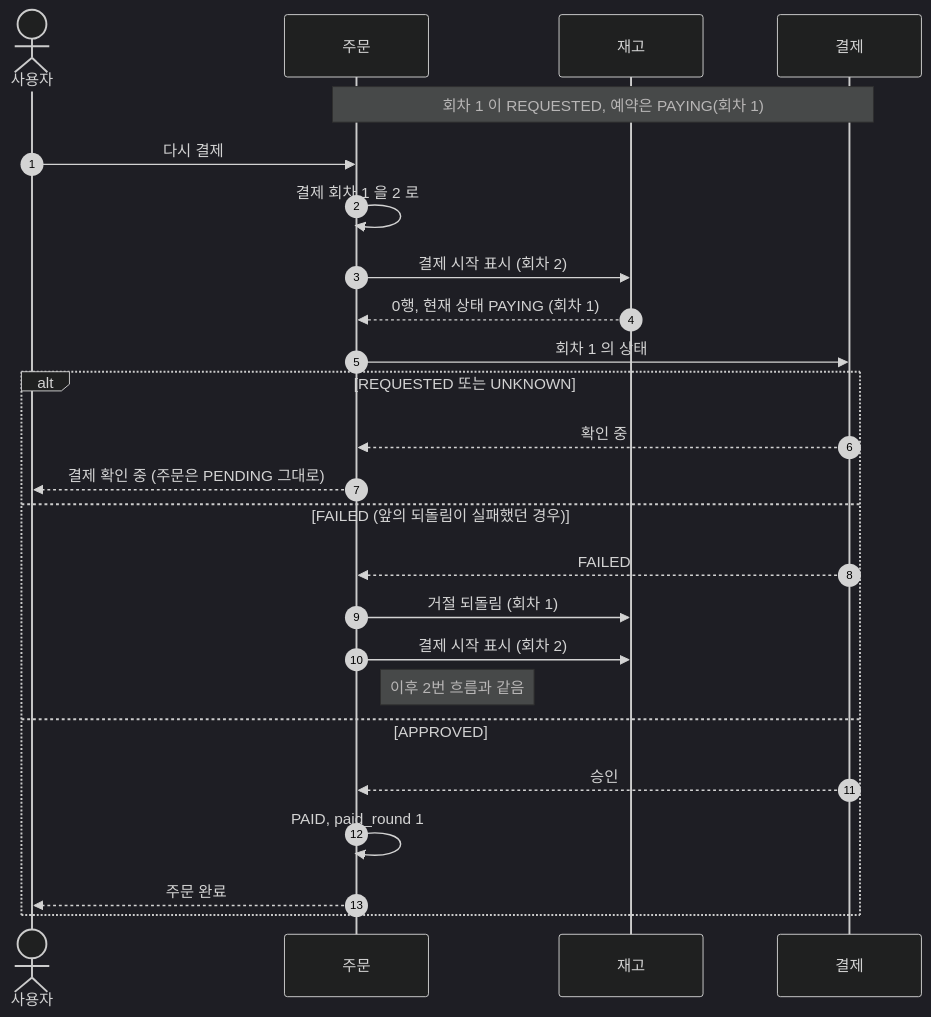
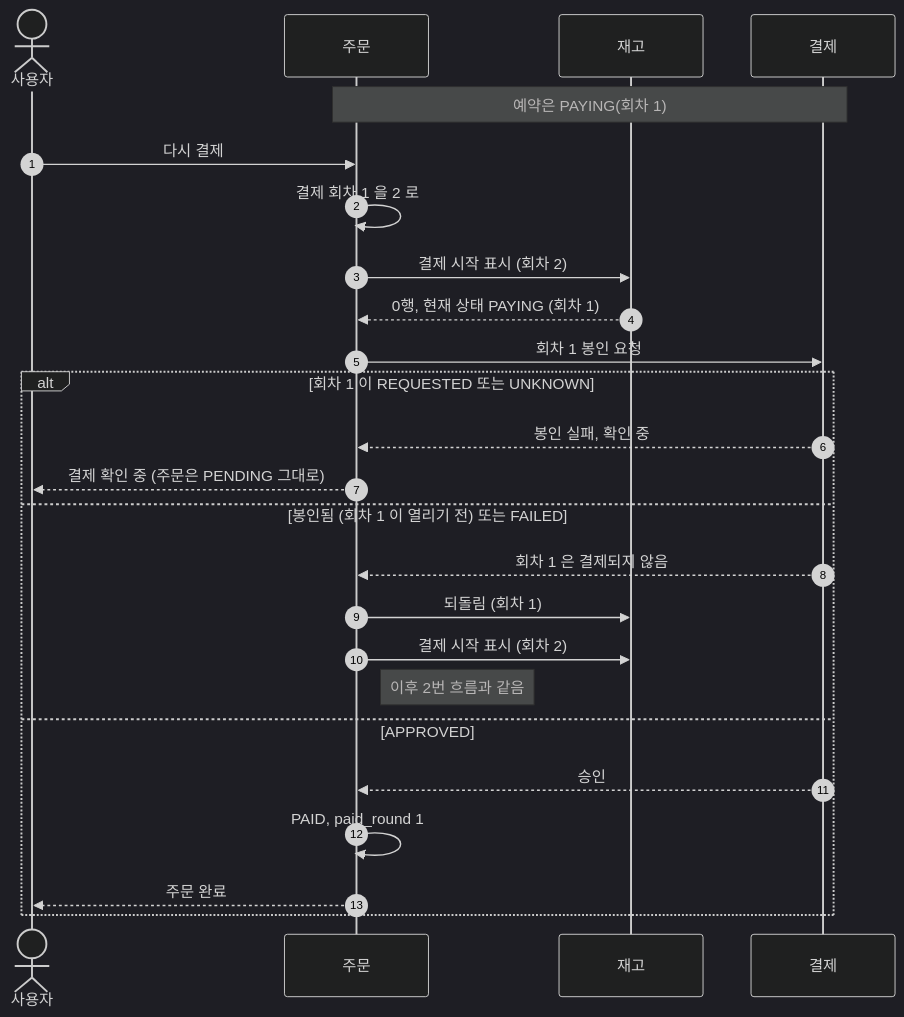
The fourth of 6 diagrams in docs/sequence/01-주문과-결제.md (Bamdule/dawn-delivery-commerce), drawn with Mermaid (dark theme) before and after one commit. The commit also changed other lines of this file and 16 other files, not shown here.

````diff
--- a/docs/sequence/01-주문과-결제.md
+++ b/docs/sequence/01-주문과-결제.md
@@ -148,28 +148,28 @@
 ```mermaid
 sequenceDiagram
     autonumber
     actor 사용자
     participant 주문
     participant 재고
     participant 결제
 
-    Note over 주문,결제: 회차 1 이 REQUESTED, 예약은 PAYING(회차 1)
+    Note over 주문,결제: 예약은 PAYING(회차 1)
     사용자->>주문: 다시 결제
     주문->>주문: 결제 회차 1 을 2 로
     주문->>재고: 결제 시작 표시 (회차 2)
     재고-->>주문: 0행, 현재 상태 PAYING (회차 1)
-    주문->>결제: 회차 1 의 상태
-    alt REQUESTED 또는 UNKNOWN
-        결제-->>주문: 확인 중
+    주문->>결제: 회차 1 봉인 요청
+    alt 회차 1 이 REQUESTED 또는 UNKNOWN
+        결제-->>주문: 봉인 실패, 확인 중
         주문-->>사용자: 결제 확인 중 (주문은 PENDING 그대로)
-    else FAILED (앞의 되돌림이 실패했던 경우)
-        결제-->>주문: FAILED
-        주문->>재고: 거절 되돌림 (회차 1)
+    else 봉인됨 (회차 1 이 열리기 전) 또는 FAILED
+        결제-->>주문: 회차 1 은 결제되지 않음
+        주문->>재고: 되돌림 (회차 1)
         주문->>재고: 결제 시작 표시 (회차 2)
         Note right of 주문: 이후 2번 흐름과 같음
     else APPROVED
         결제-->>주문: 승인
         주문->>주문: PAID, paid_round 1
         주문-->>사용자: 주문 완료
     end
 ```
````
